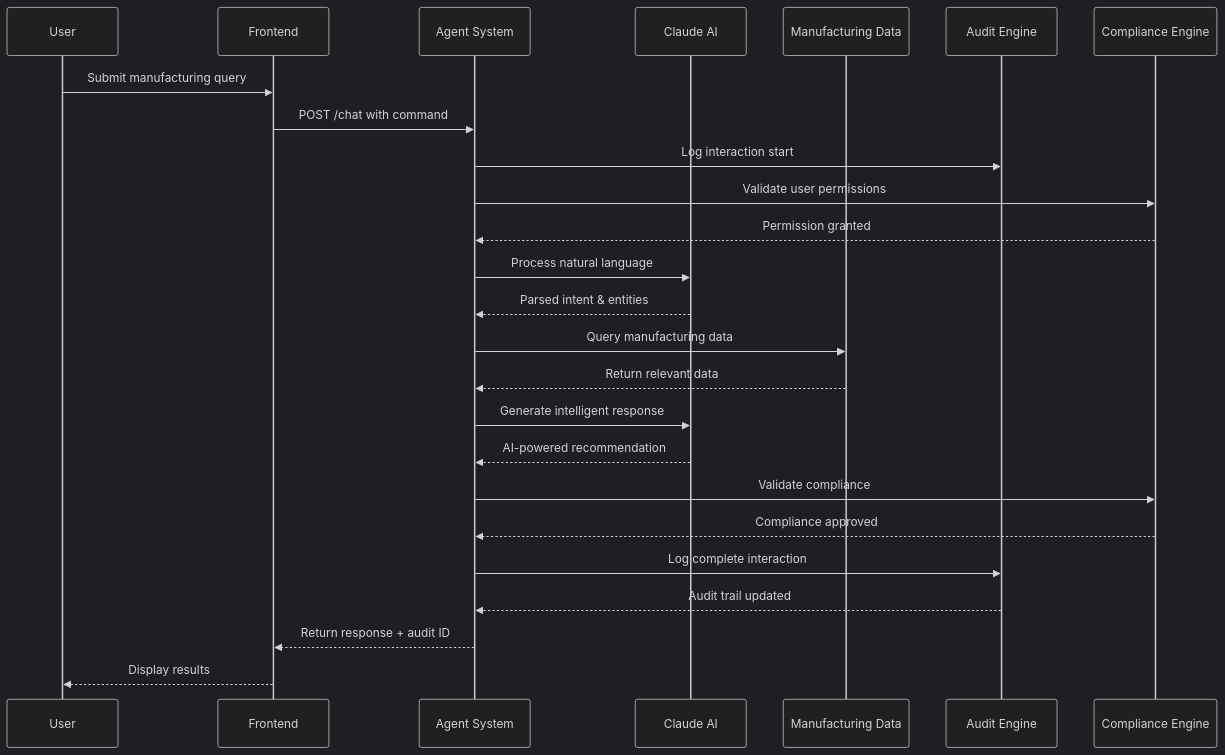
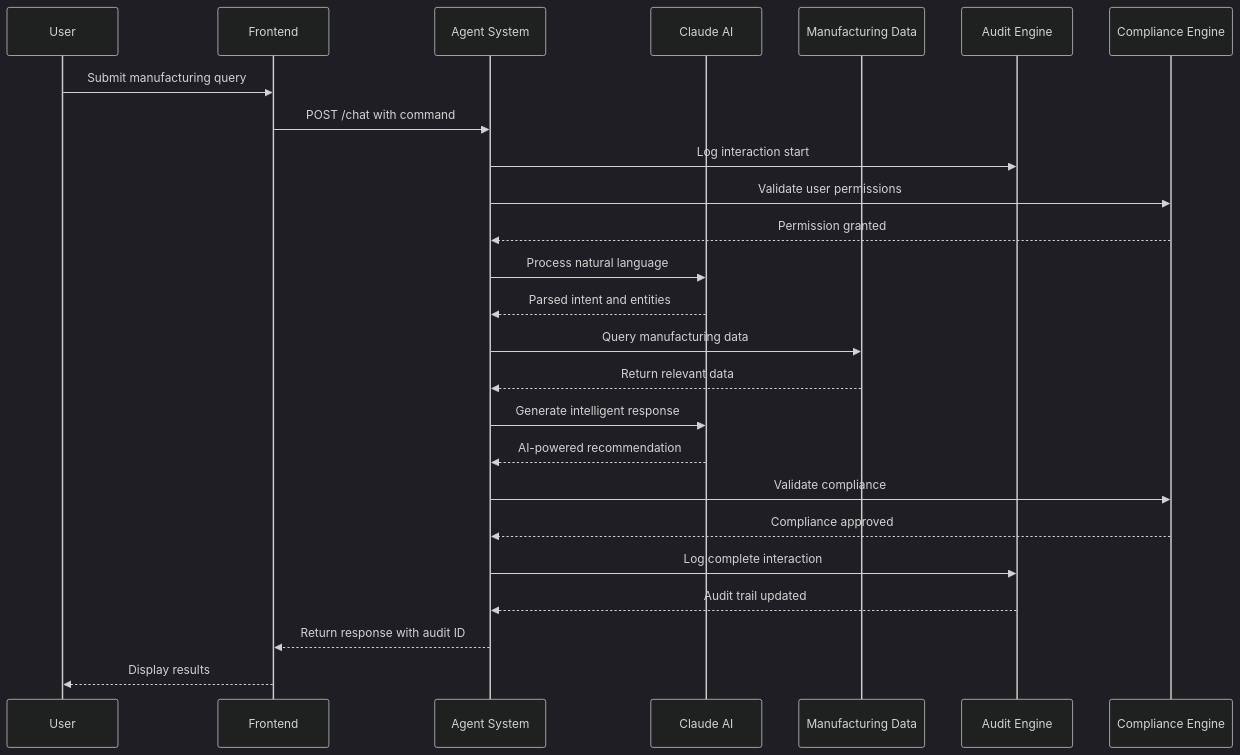
Before and after one commit to schmeckm/Business_aI_Agent_Pharma_MVP_1.0: the third of 5 diagrams in README.md, drawn with Mermaid (dark theme). The commit also changed other lines of this file, not shown here.

````diff
--- a/README.md
+++ b/README.md
@@ -225,28 +222,28 @@
 ```mermaid
 sequenceDiagram
     participant U as User
     participant UI as Frontend
     participant AS as Agent System
     participant CA as Claude AI
     participant MD as Manufacturing Data
     participant AE as Audit Engine
     participant CE as Compliance Engine
     
     U->>UI: Submit manufacturing query
     UI->>AS: POST /chat with command
     AS->>AE: Log interaction start
     AS->>CE: Validate user permissions
     CE-->>AS: Permission granted
     AS->>CA: Process natural language
-    CA-->>AS: Parsed intent & entities
+    CA-->>AS: Parsed intent and entities
     AS->>MD: Query manufacturing data
     MD-->>AS: Return relevant data
     AS->>CA: Generate intelligent response
     CA-->>AS: AI-powered recommendation
     AS->>CE: Validate compliance
     CE-->>AS: Compliance approved
     AS->>AE: Log complete interaction
     AE-->>AS: Audit trail updated
-    AS-->>UI: Return response + audit ID
+    AS-->>UI: Return response with audit ID
     UI-->>U: Display results
 ```
````
